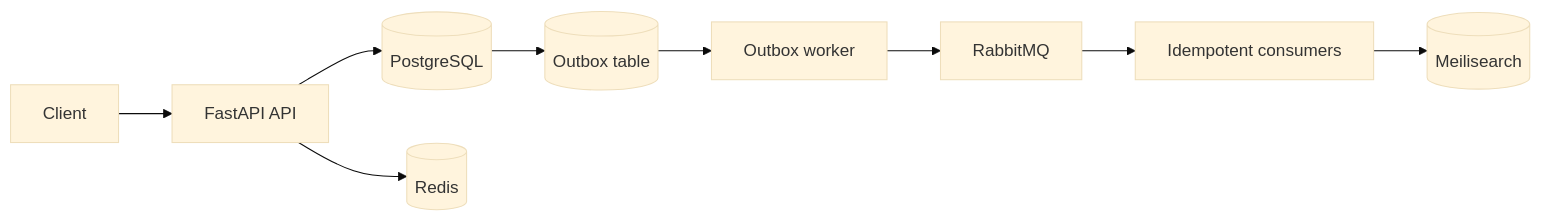
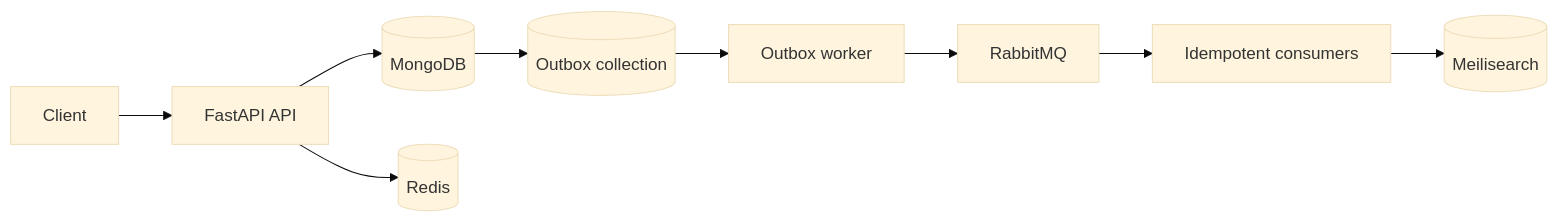
The diagram in README.md (alirezamoradkhani/bookshop), drawn with Mermaid (base theme) before and after one commit. The commit also changed other lines of this file and 47 other files, not shown here.

````diff
--- a/README.md
+++ b/README.md
@@ -22,11 +22,11 @@
 ```mermaid
 flowchart LR
     Client --> API[FastAPI API]
-    API --> DB[(PostgreSQL)]
-    DB --> Outbox[(Outbox table)]
+    API --> DB[(MongoDB)]
+    DB --> Outbox[(Outbox collection)]
     Outbox --> Publisher[Outbox worker]
     Publisher --> RabbitMQ[RabbitMQ]
     RabbitMQ --> Consumers[Idempotent consumers]
     Consumers --> Search[(Meilisearch)]
     API --> Redis[(Redis)]
 ```
````
